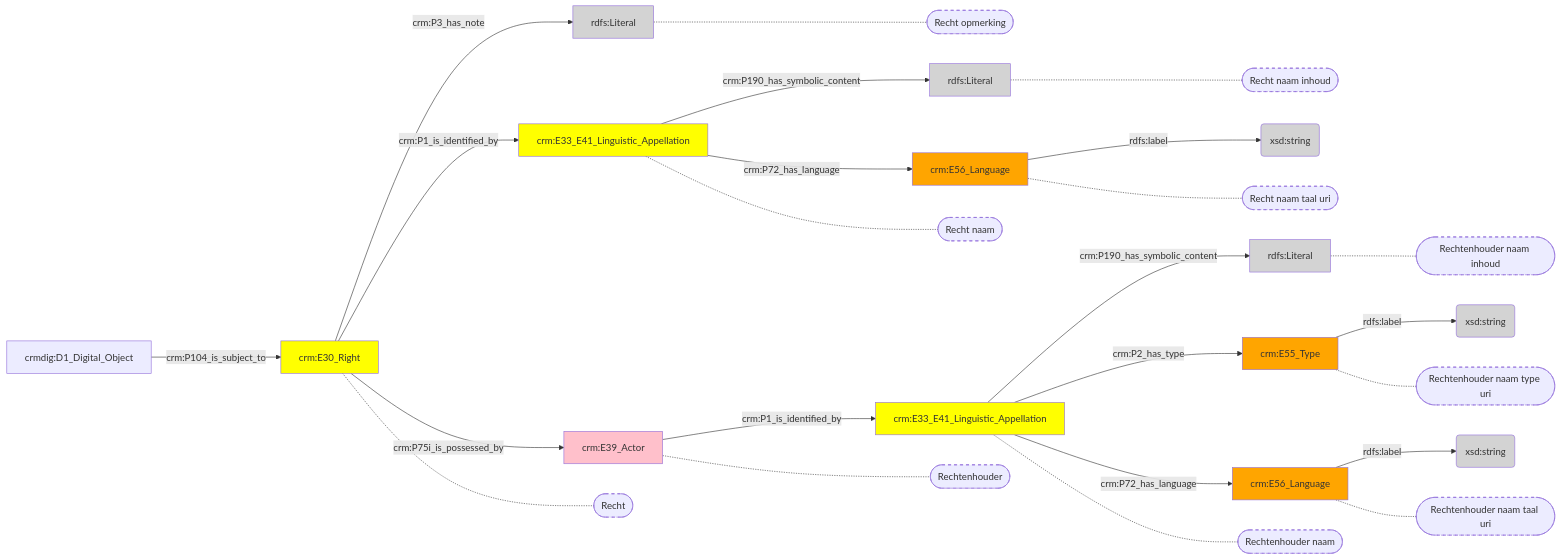
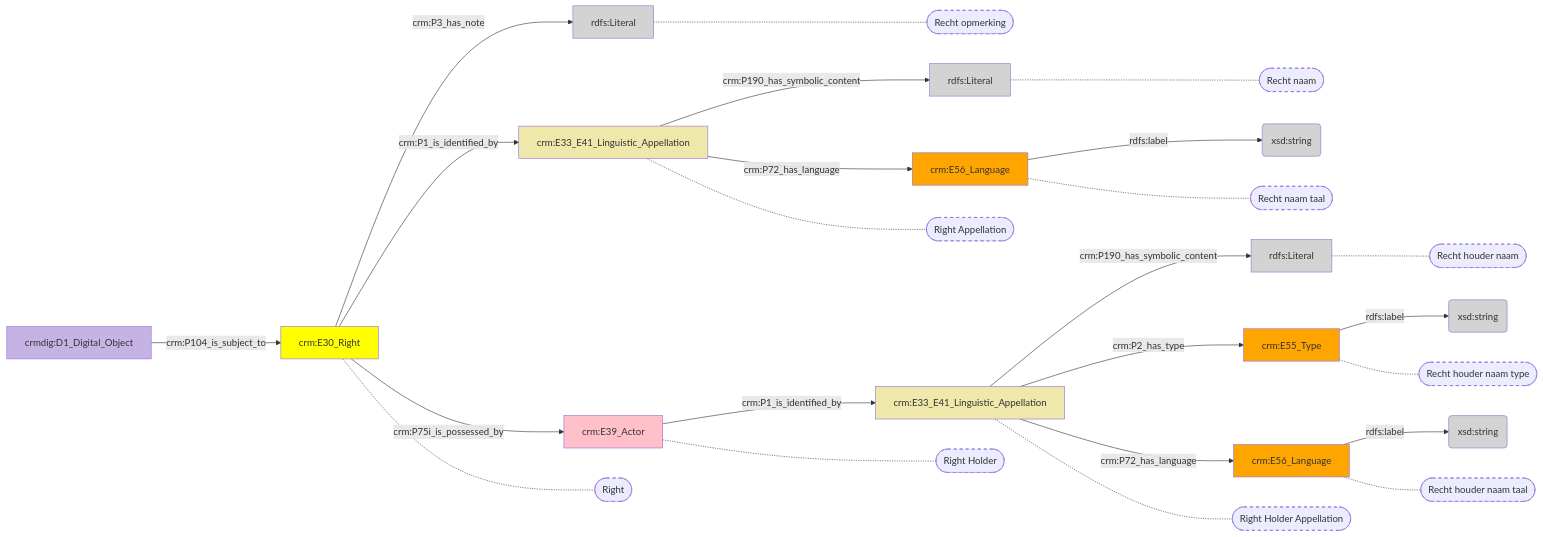
Before and after one commit to digipolisantwerpdocumentation/antwerp-cultureel-erfgoed: the diagram in docs/content/modellen/DigitalObject/Rechten.md, drawn with Mermaid. The commit also changed 173 other files, not shown here.

````diff
--- a/docs/content/modellen/DigitalObject/Rechten.md
+++ b/docs/content/modellen/DigitalObject/Rechten.md
@@ -1,49 +1,50 @@
 ```mermaid
 graph LR
 ad7fab56-04fa-11ee-9497-96a6d2455259["crm:E30_Right"]-->|"crm:P3_has_note"|ad7fc7b2-04fa-11ee-9497-96a6d2455259(rdfs:Literal)
 ad7faeda-04fa-11ee-9497-96a6d2455259["crm:E56_Language"]-->|"rdfs:label"|ad7fc28a-04fa-11ee-9497-96a6d2455259(xsd:string)
 ad7fbe3e-04fa-11ee-9497-96a6d2455259["crm:E55_Type"]-->|"rdfs:label"|ad7fc05a-04fa-11ee-9497-96a6d2455259(xsd:string)
 ad7fc398-04fa-11ee-9497-96a6d2455259["crm:E33_E41_Linguistic_Appellation"]-->|"crm:P190_has_symbolic_content"|ad7fc49c-04fa-11ee-9497-96a6d2455259(rdfs:Literal)
 ad7fc5a0-04fa-11ee-9497-96a6d2455259["crm:E56_Language"]-->|"rdfs:label"|ad7fc6a4-04fa-11ee-9497-96a6d2455259(xsd:string)
 ad7fc8ac-04fa-11ee-9497-96a6d2455259["crm:E33_E41_Linguistic_Appellation"]-->|"crm:P190_has_symbolic_content"|ad7fbf56-04fa-11ee-9497-96a6d2455259(rdfs:Literal)
 ad7fab56-04fa-11ee-9497-96a6d2455259["crm:E30_Right"]-->|"crm:P1_is_identified_by"|ad7fc398-04fa-11ee-9497-96a6d2455259["crm:E33_E41_Linguistic_Appellation"]
 ad7fab56-04fa-11ee-9497-96a6d2455259["crm:E30_Right"]-->|"crm:P75i_is_possessed_by"|ad7fc17c-04fa-11ee-9497-96a6d2455259["crm:E39_Actor"]
 ad7fb3a8-04fa-11ee-9497-96a6d2455259["crmdig:D1_Digital_Object"]-->|"crm:P104_is_subject_to"|ad7fab56-04fa-11ee-9497-96a6d2455259["crm:E30_Right"]
 ad7fc17c-04fa-11ee-9497-96a6d2455259["crm:E39_Actor"]-->|"crm:P1_is_identified_by"|ad7fc8ac-04fa-11ee-9497-96a6d2455259["crm:E33_E41_Linguistic_Appellation"]
 ad7fc398-04fa-11ee-9497-96a6d2455259["crm:E33_E41_Linguistic_Appellation"]-->|"crm:P72_has_language"|ad7fc5a0-04fa-11ee-9497-96a6d2455259["crm:E56_Language"]
 ad7fc8ac-04fa-11ee-9497-96a6d2455259["crm:E33_E41_Linguistic_Appellation"]-->|"crm:P2_has_type"|ad7fbe3e-04fa-11ee-9497-96a6d2455259["crm:E55_Type"]
 ad7fc8ac-04fa-11ee-9497-96a6d2455259["crm:E33_E41_Linguistic_Appellation"]-->|"crm:P72_has_language"|ad7faeda-04fa-11ee-9497-96a6d2455259["crm:E56_Language"]
+ad7fc398-04fa-11ee-9497-96a6d2455259["crm:E33_E41_Linguistic_Appellation"]-.-ad7fc398-04fa-11ee-9497-96a6d2455259_s(["Right Appellation"])
+ad7fc7b2-04fa-11ee-9497-96a6d2455259["rdfs:Literal"]-.-ad7fc7b2-04fa-11ee-9497-96a6d2455259_s(["Recht opmerking"])
+ad7fc17c-04fa-11ee-9497-96a6d2455259["crm:E39_Actor"]-.-ad7fc17c-04fa-11ee-9497-96a6d2455259_s(["Right Holder"])
+ad7fab56-04fa-11ee-9497-96a6d2455259["crm:E30_Right"]-.-ad7fab56-04fa-11ee-9497-96a6d2455259_s(["Right"])
+ad7fc8ac-04fa-11ee-9497-96a6d2455259["crm:E33_E41_Linguistic_Appellation"]-.-ad7fc8ac-04fa-11ee-9497-96a6d2455259_s(["Right Holder Appellation"])
+ad7fc49c-04fa-11ee-9497-96a6d2455259["rdfs:Literal"]-.-ad7fc49c-04fa-11ee-9497-96a6d2455259_s(["Recht naam"])
+ad7fc5a0-04fa-11ee-9497-96a6d2455259["crm:E56_Language"]-.-ad7fc5a0-04fa-11ee-9497-96a6d2455259_s(["Recht naam taal"])
+ad7fbf56-04fa-11ee-9497-96a6d2455259["rdfs:Literal"]-.-ad7fbf56-04fa-11ee-9497-96a6d2455259_s(["Recht houder naam"])
+ad7fbe3e-04fa-11ee-9497-96a6d2455259["crm:E55_Type"]-.-ad7fbe3e-04fa-11ee-9497-96a6d2455259_s(["Recht houder naam type"])
+ad7faeda-04fa-11ee-9497-96a6d2455259["crm:E56_Language"]-.-ad7faeda-04fa-11ee-9497-96a6d2455259_s(["Recht houder naam taal"])
 style ad7fc398-04fa-11ee-9497-96a6d2455259_s stroke-dasharray: 5
 style ad7fc7b2-04fa-11ee-9497-96a6d2455259_s stroke-dasharray: 5
 style ad7fc17c-04fa-11ee-9497-96a6d2455259_s stroke-dasharray: 5
 style ad7fab56-04fa-11ee-9497-96a6d2455259_s stroke-dasharray: 5
 style ad7fc8ac-04fa-11ee-9497-96a6d2455259_s stroke-dasharray: 5
 style ad7fc49c-04fa-11ee-9497-96a6d2455259_s stroke-dasharray: 5
 style ad7fc5a0-04fa-11ee-9497-96a6d2455259_s stroke-dasharray: 5
 style ad7fbf56-04fa-11ee-9497-96a6d2455259_s stroke-dasharray: 5
 style ad7fbe3e-04fa-11ee-9497-96a6d2455259_s stroke-dasharray: 5
 style ad7faeda-04fa-11ee-9497-96a6d2455259_s stroke-dasharray: 5
-ad7fc398-04fa-11ee-9497-96a6d2455259["crm:E33_E41_Linguistic_Appellation"]-.-ad7fc398-04fa-11ee-9497-96a6d2455259_s(["Recht naam"])
-ad7fc7b2-04fa-11ee-9497-96a6d2455259["rdfs:Literal"]-.-ad7fc7b2-04fa-11ee-9497-96a6d2455259_s(["Recht opmerking"])
-ad7fc17c-04fa-11ee-9497-96a6d2455259["crm:E39_Actor"]-.-ad7fc17c-04fa-11ee-9497-96a6d2455259_s(["Rechtenhouder"])
-ad7fab56-04fa-11ee-9497-96a6d2455259["crm:E30_Right"]-.-ad7fab56-04fa-11ee-9497-96a6d2455259_s(["Recht"])
-ad7fc8ac-04fa-11ee-9497-96a6d2455259["crm:E33_E41_Linguistic_Appellation"]-.-ad7fc8ac-04fa-11ee-9497-96a6d2455259_s(["Rechtenhouder naam"])
-ad7fc49c-04fa-11ee-9497-96a6d2455259["rdfs:Literal"]-.-ad7fc49c-04fa-11ee-9497-96a6d2455259_s(["Recht naam inhoud"])
-ad7fc5a0-04fa-11ee-9497-96a6d2455259["crm:E56_Language"]-.-ad7fc5a0-04fa-11ee-9497-96a6d2455259_s(["Recht naam taal uri"])
-ad7fbf56-04fa-11ee-9497-96a6d2455259["rdfs:Literal"]-.-ad7fbf56-04fa-11ee-9497-96a6d2455259_s(["Rechtenhouder naam inhoud"])
-ad7fbe3e-04fa-11ee-9497-96a6d2455259["crm:E55_Type"]-.-ad7fbe3e-04fa-11ee-9497-96a6d2455259_s(["Rechtenhouder naam type uri"])
-ad7faeda-04fa-11ee-9497-96a6d2455259["crm:E56_Language"]-.-ad7faeda-04fa-11ee-9497-96a6d2455259_s(["Rechtenhouder naam taal uri"])
 style ad7fab56-04fa-11ee-9497-96a6d2455259 fill:#ffff00
 style ad7faeda-04fa-11ee-9497-96a6d2455259 fill:#ffa500
+style ad7fb3a8-04fa-11ee-9497-96a6d2455259 fill:#C5B4E3
 style ad7fbe3e-04fa-11ee-9497-96a6d2455259 fill:#ffa500
 style ad7fbf56-04fa-11ee-9497-96a6d2455259 fill:#D3D3D3
 style ad7fc05a-04fa-11ee-9497-96a6d2455259 fill:#D3D3D3
 style ad7fc17c-04fa-11ee-9497-96a6d2455259 fill:#ffc0cb
 style ad7fc28a-04fa-11ee-9497-96a6d2455259 fill:#D3D3D3
-style ad7fc398-04fa-11ee-9497-96a6d2455259 fill:#ffff00
+style ad7fc398-04fa-11ee-9497-96a6d2455259 fill:#EEE8AA
 style ad7fc49c-04fa-11ee-9497-96a6d2455259 fill:#D3D3D3
 style ad7fc5a0-04fa-11ee-9497-96a6d2455259 fill:#ffa500
 style ad7fc6a4-04fa-11ee-9497-96a6d2455259 fill:#D3D3D3
 style ad7fc7b2-04fa-11ee-9497-96a6d2455259 fill:#D3D3D3
-style ad7fc8ac-04fa-11ee-9497-96a6d2455259 fill:#ffff00
+style ad7fc8ac-04fa-11ee-9497-96a6d2455259 fill:#EEE8AA
 ```
````
